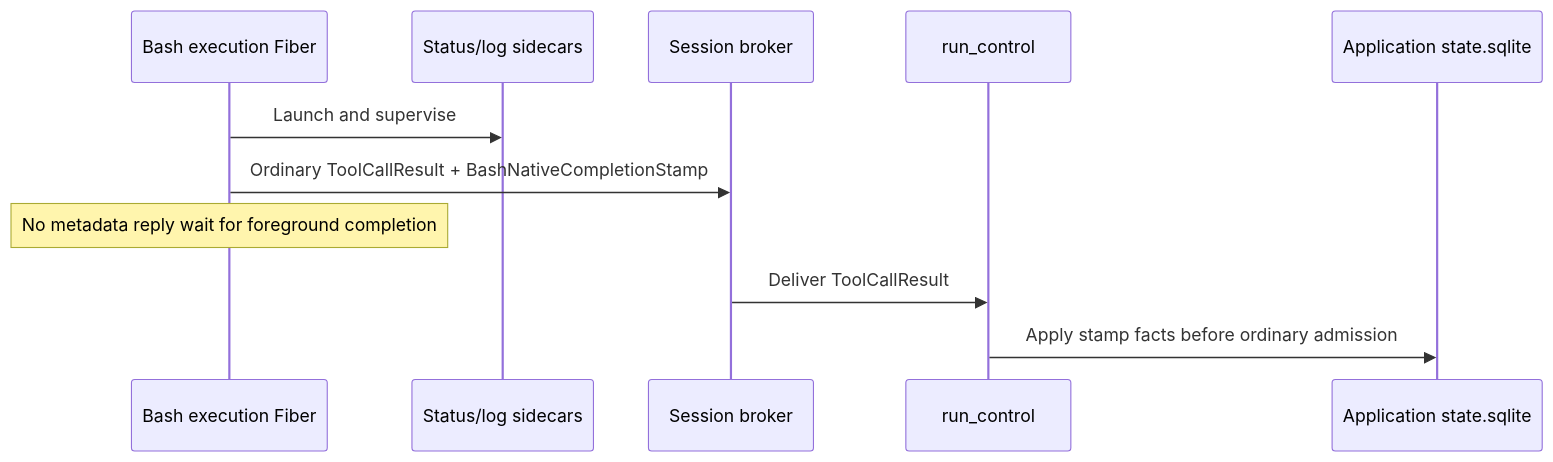
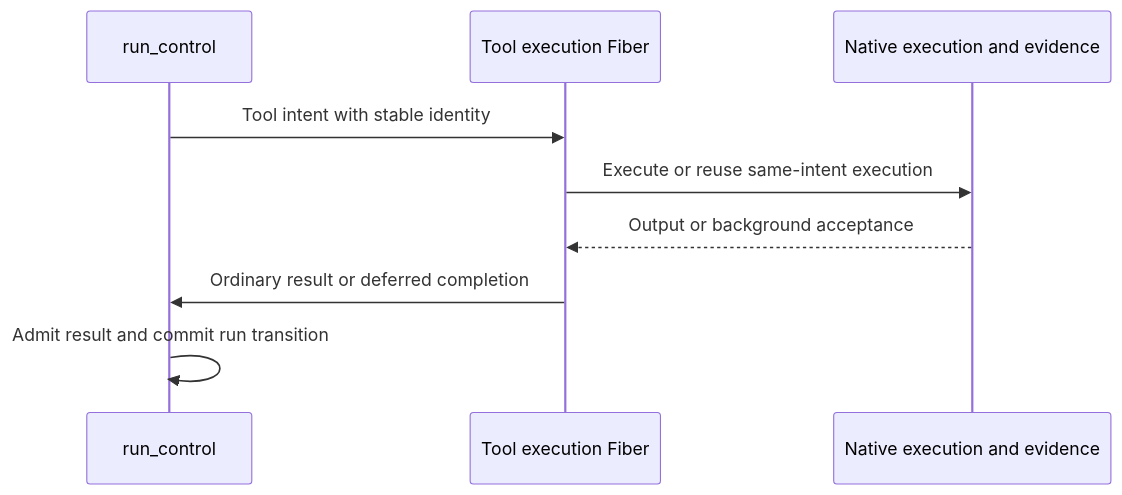
One commit to ineersa/agent-core changed the fourth of 7 diagrams in architecture/processes-and-queues.md. Above: the diagram before and after it, drawn with Mermaid. The commit also changed other lines of this file and 11 other files, not shown here.

Commit message:
Fix native ownership boundaries and deferred owner settlement

````diff
--- a/architecture/processes-and-queues.md
+++ b/architecture/processes-and-queues.md
@@ -181,14 +184,11 @@
 ```mermaid
 sequenceDiagram
-    participant Tool as Bash execution Fiber
-    participant Native as Status/log sidecars
-    participant Broker as Session broker
     participant Owner as run_control
-    participant DB as Application state.sqlite
-
-    Tool->>Native: Launch and supervise
-    Tool->>Broker: Ordinary ToolCallResult + BashNativeCompletionStamp
-    Note over Tool: No metadata reply wait for foreground completion
-    Broker->>Owner: Deliver ToolCallResult
-    Owner->>DB: Apply stamp facts before ordinary admission
+    participant Tool as Tool execution Fiber
+    participant Native as Native execution and evidence
+    Owner->>Tool: Tool intent with stable identity
+    Tool->>Native: Execute or reuse same-intent execution
+    Native-->>Tool: Output or background acceptance
+    Tool->>Owner: Ordinary result or deferred completion
+    Owner->>Owner: Admit result and commit run transition
 ```
````
